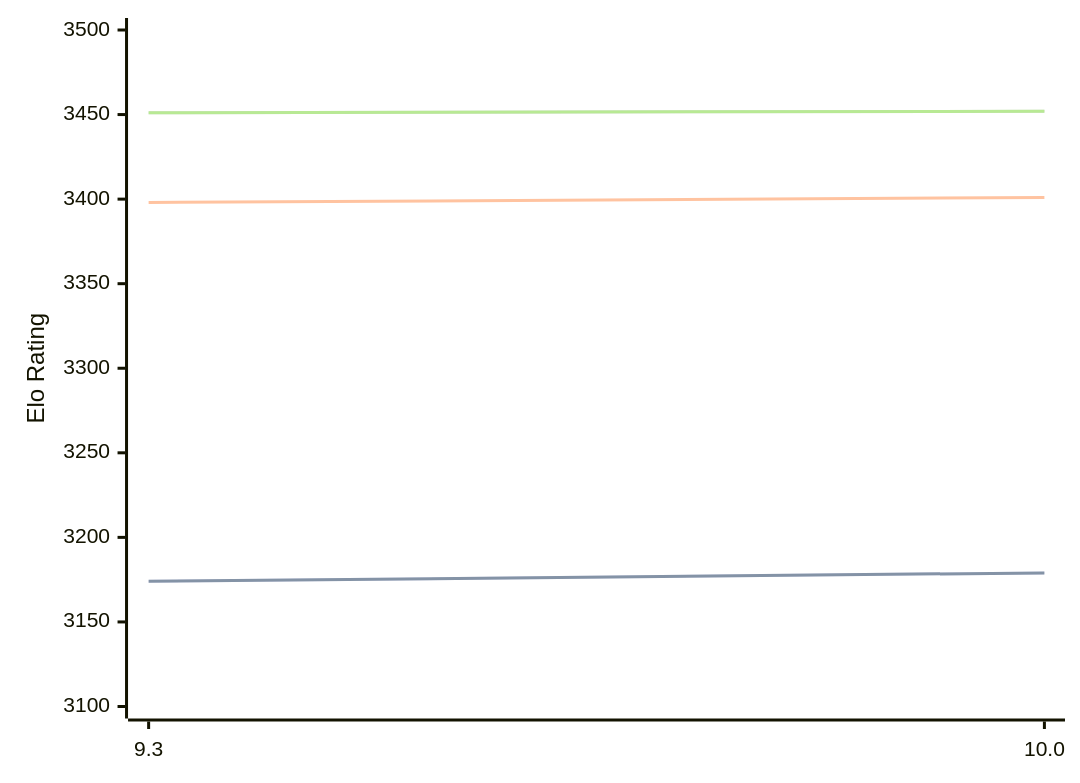
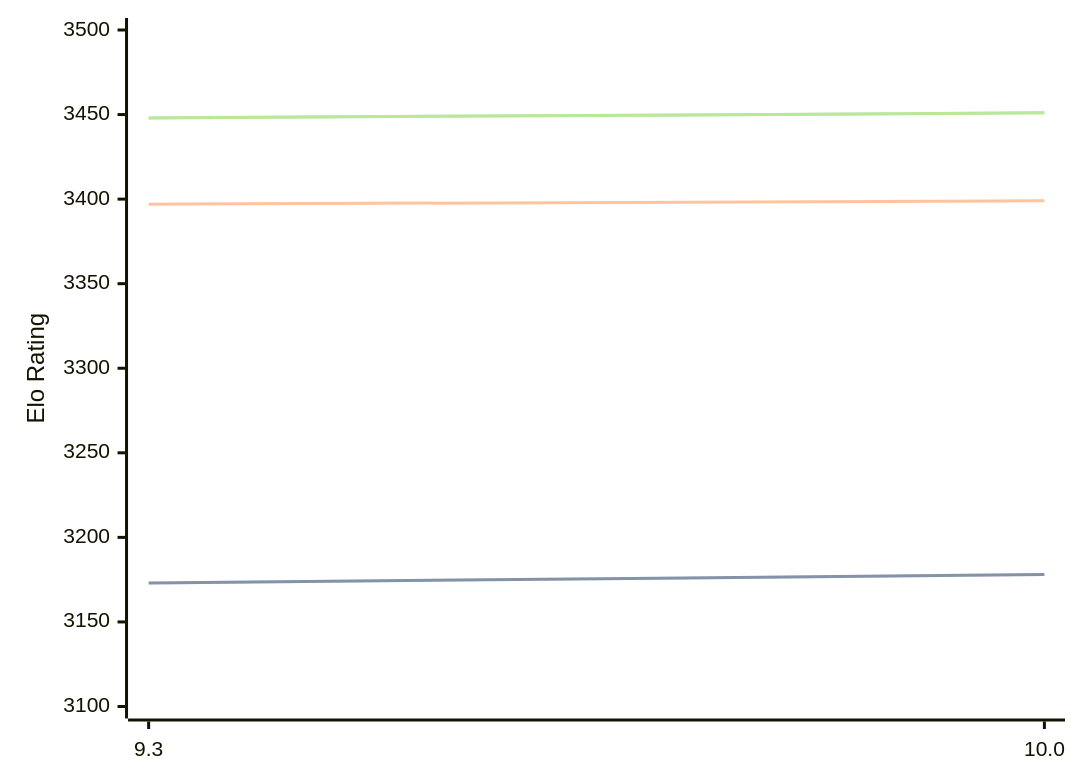
One commit to computer-chess-index/cci changed the diagram in engines/Fire.md. Above: the diagram before and after it, drawn with Mermaid. The commit also changed other lines of this file, not shown here.

Commit message:
Update CCI Ratings (ELO VLTC) - 2026-03-31

````diff
--- a/engines/Fire.md
+++ b/engines/Fire.md
@@ -47,11 +47,11 @@
 ```mermaid
 %%{init: {"theme":"base","themeVariables":{"seriesColors:['#a3a3a3','#222221','#faa371']}}}%%
 xychart-beta
   x-axis ["9.3", "10.0"]
   y-axis "Elo Rating" 3100 --> 3500
-  line "STC (8.0+0.08s)" [3174, 3179]
-  line "STC (8.0+0.08s)" [3174, 3179]
-  line "LTC (60.0+0.60s)" [3398, 3401]
-  line "VLTC (2m24s+1.12s)" [3451, 3452]
-  line "VLTC (2m24s+1.12s)" [3451, 3452]
+  line "STC (8.0+0.08s)" [3173, 3178]
+  line "STC (8.0+0.08s)" [3173, 3178]
+  line "LTC (60.0+0.60s)" [3397, 3399]
+  line "VLTC (2m24s+1.12s)" [3448, 3451]
+  line "VLTC (2m24s+1.12s)" [3448, 3451]
 ```
````
